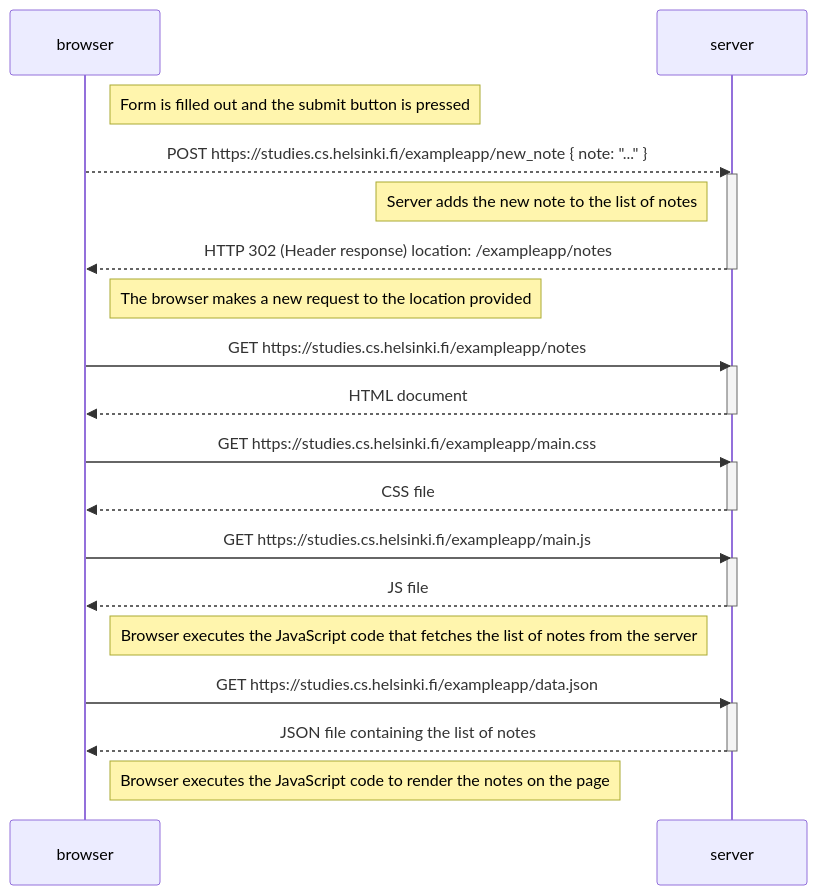
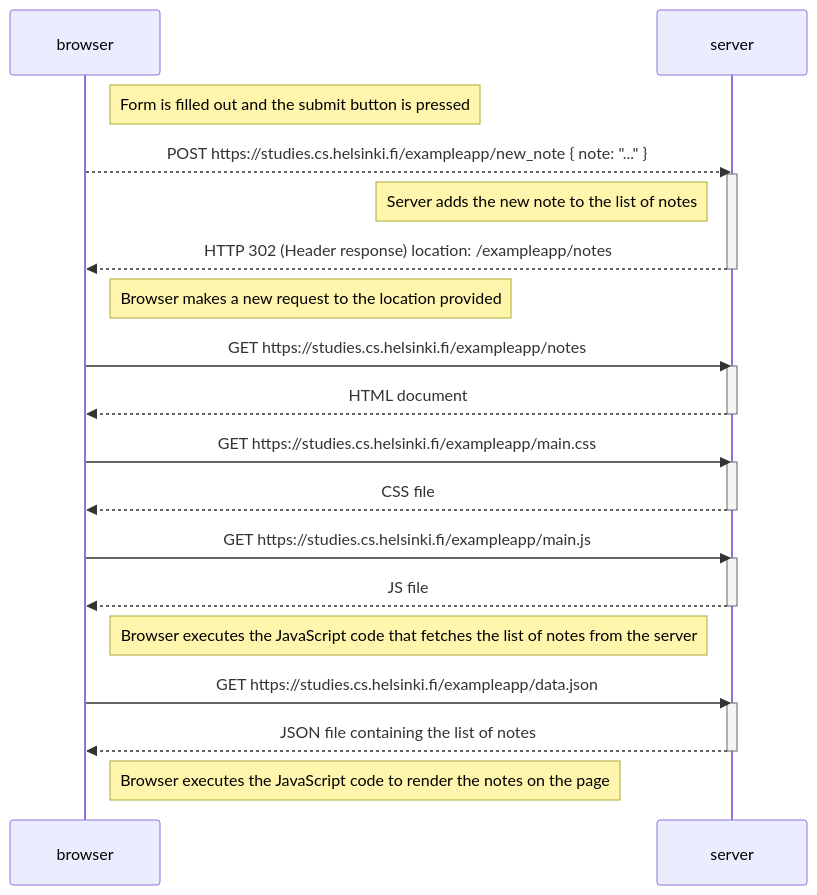
The diagram in part0/0.4_NewNoteDiagram/newNoteDiagram.md (IRypSDev/fullstackopen), drawn with Mermaid before and after one commit. The commit also changed 2 other files, not shown here.

Commit message:
fix exercise 0.4

````diff
--- a/part0/0.4_NewNoteDiagram/newNoteDiagram.md
+++ b/part0/0.4_NewNoteDiagram/newNoteDiagram.md
@@ -5,40 +5,40 @@
 ```mermaid
 
 sequenceDiagram
     participant browser
     participant server
 
     Note right of browser: Form is filled out and the submit button is pressed
     browser-->>server: POST https://studies.cs.helsinki.fi/exampleapp/new_note { note: "..." }
     activate server
     Note left of server: Server adds the new note to the list of notes 
     server-->>browser: HTTP 302 (Header response) location: /exampleapp/notes
     deactivate server
 
-    Note right of browser: The browser makes a new request to the location provided
+    Note right of browser: Browser makes a new request to the location provided
 
     browser->>server: GET https://studies.cs.helsinki.fi/exampleapp/notes
     activate server
     server-->>browser: HTML document
     deactivate server
 
     browser->>server: GET https://studies.cs.helsinki.fi/exampleapp/main.css
     activate server
     server-->>browser: CSS file
     deactivate server
 
     browser->>server: GET https://studies.cs.helsinki.fi/exampleapp/main.js
     activate server
     server-->>browser: JS file
     deactivate server
 
     Note right of browser: Browser executes the JavaScript code that fetches the list of notes from the server
 
     browser->>server: GET https://studies.cs.helsinki.fi/exampleapp/data.json
     activate server
     server-->>browser: JSON file containing the list of notes
     deactivate server
 
     Note right of browser: Browser executes the JavaScript code to render the notes on the page
 
 ```
````
